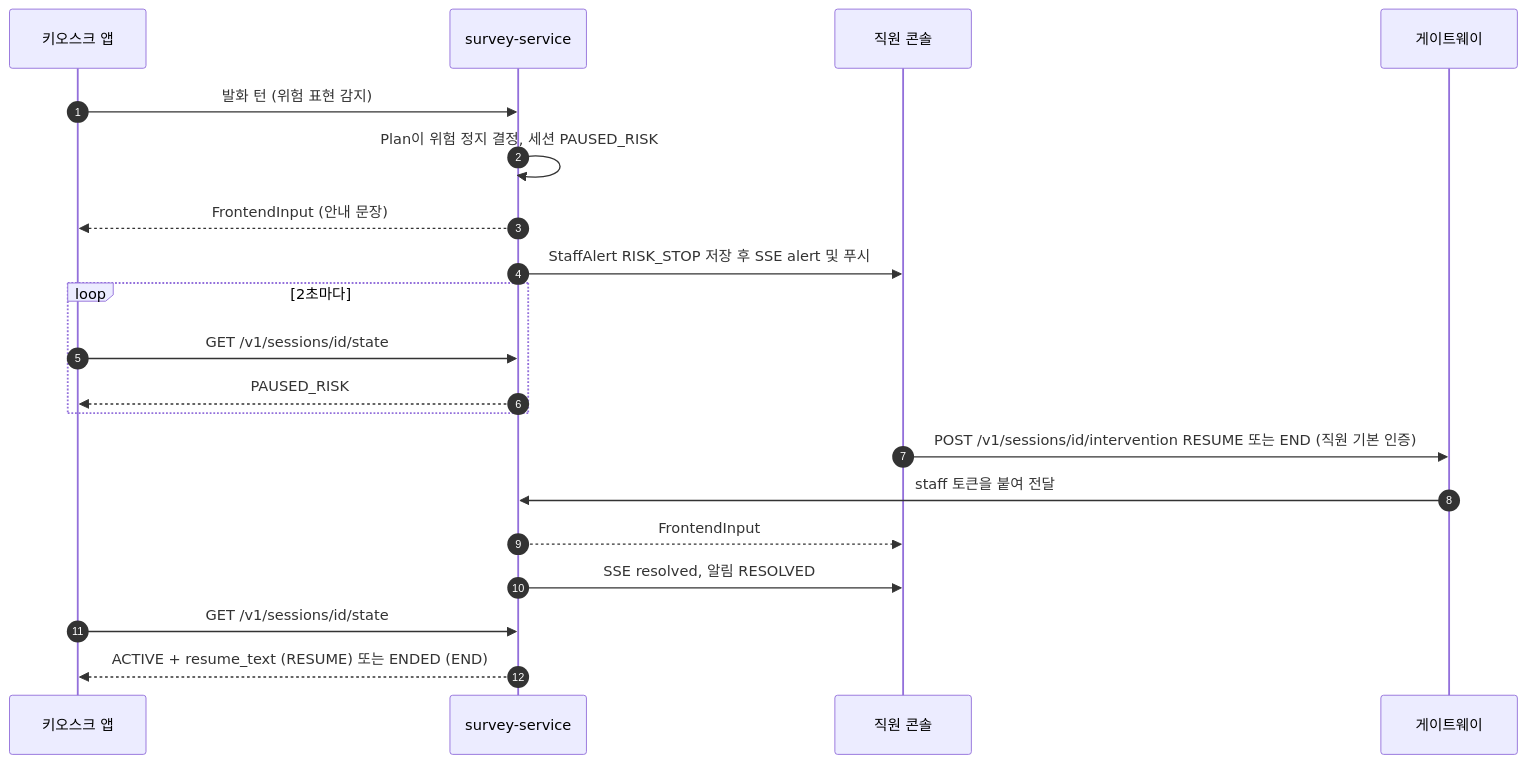
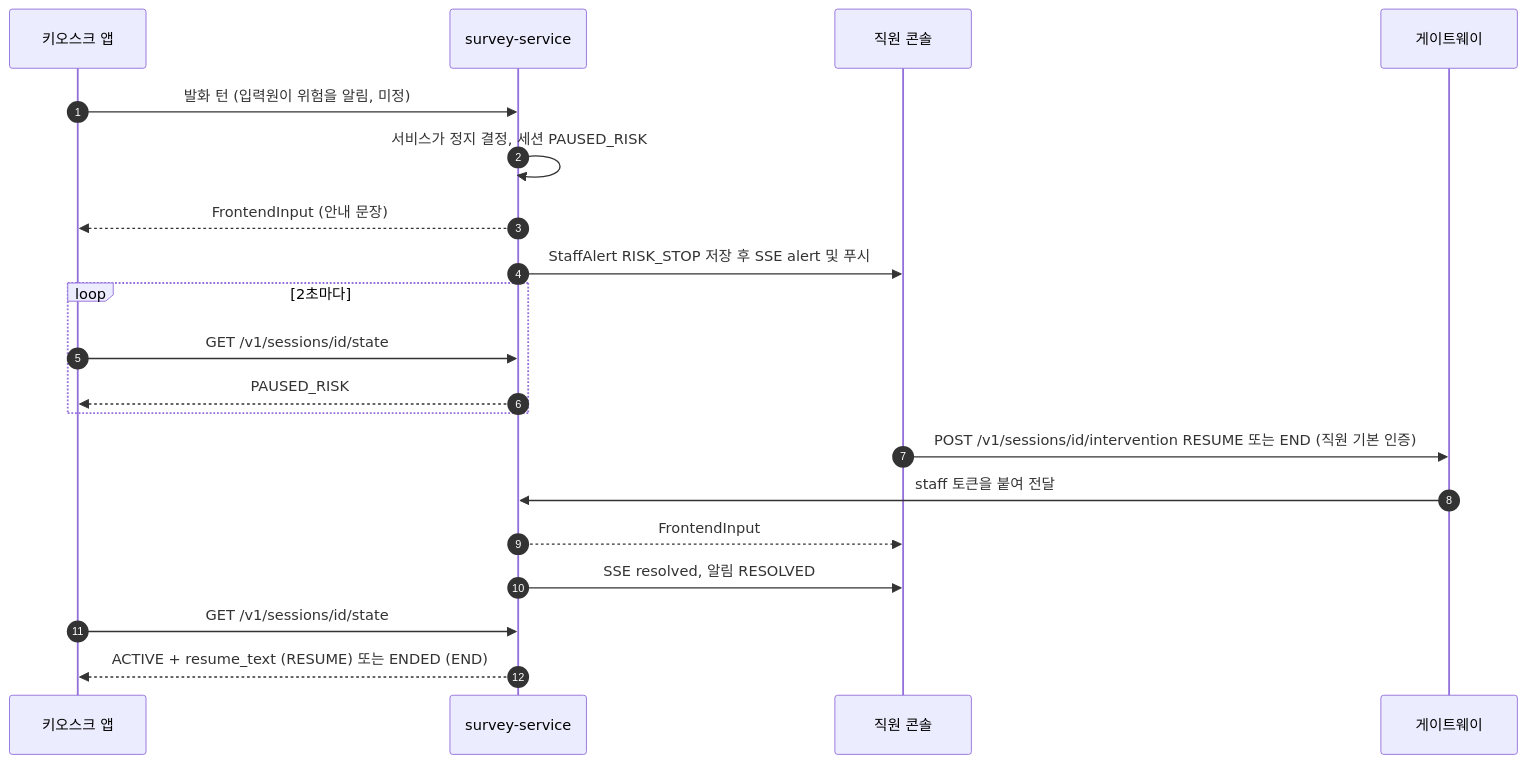
Before and after one commit to Sdabin1209/openit_head: the fourth of 12 diagrams in docs/architecture.md, drawn with Mermaid. The commit also changed other lines of this file and 6 other files, not shown here.

````diff
--- a/docs/architecture.md
+++ b/docs/architecture.md
@@ -239,23 +244,23 @@
 ```mermaid
 sequenceDiagram
   autonumber
   participant K as 키오스크 앱
   participant S as survey-service
   participant ST as 직원 콘솔
   participant G as 게이트웨이
 
-  K->>S: 발화 턴 (위험 표현 감지)
-  S->>S: Plan이 위험 정지 결정, 세션 PAUSED_RISK
+  K->>S: 발화 턴 (입력원이 위험을 알림, 미정)
+  S->>S: 서비스가 정지 결정, 세션 PAUSED_RISK
   S-->>K: FrontendInput (안내 문장)
   S->>ST: StaffAlert RISK_STOP 저장 후 SSE alert 및 푸시
   loop 2초마다
     K->>S: GET /v1/sessions/id/state
     S-->>K: PAUSED_RISK
   end
   ST->>G: POST /v1/sessions/id/intervention RESUME 또는 END (직원 기본 인증)
   G->>S: staff 토큰을 붙여 전달
   S-->>ST: FrontendInput
   S->>ST: SSE resolved, 알림 RESOLVED
   K->>S: GET /v1/sessions/id/state
   S-->>K: ACTIVE + resume_text (RESUME) 또는 ENDED (END)
 ```
````
